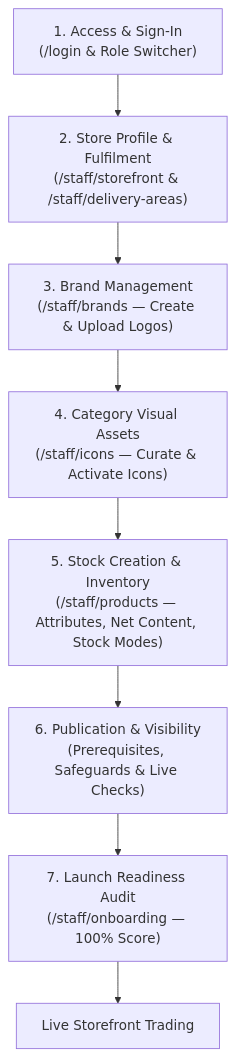
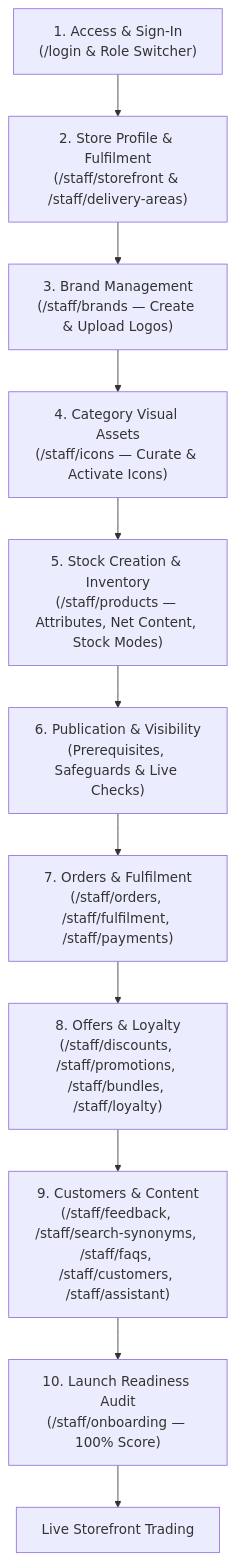
Before and after one commit to sriahead/aheed-online-store: the diagram in docs/client-help-centre/getting-started-onboarding.md, drawn with Mermaid. The commit also changed other lines of this file and 9 other files, not shown here.

Commit message:
feat: include fulfilment, offers, and content in onboarding guide with store admin checklist access

````diff
--- a/docs/client-help-centre/getting-started-onboarding.md
+++ b/docs/client-help-centre/getting-started-onboarding.md
@@ -25,10 +25,13 @@
 ```mermaid
 flowchart TD
     S1["1. Access & Sign-In<br/>(/login & Role Switcher)"] --> S2["2. Store Profile & Fulfilment<br/>(/staff/storefront & /staff/delivery-areas)"]
     S2 --> S3["3. Brand Management<br/>(/staff/brands — Create & Upload Logos)"]
     S3 --> S4["4. Category Visual Assets<br/>(/staff/icons — Curate & Activate Icons)"]
     S4 --> S5["5. Stock Creation & Inventory<br/>(/staff/products — Attributes, Net Content, Stock Modes)"]
     S5 --> S6["6. Publication & Visibility<br/>(Prerequisites, Safeguards & Live Checks)"]
-    S6 --> S7["7. Launch Readiness Audit<br/>(/staff/onboarding — 100% Score)"]
-    S7 --> LIVE["Live Storefront Trading"]
+    S6 --> S7["7. Orders & Fulfilment<br/>(/staff/orders, /staff/fulfilment, /staff/payments)"]
+    S7 --> S8["8. Offers & Loyalty<br/>(/staff/discounts, /staff/promotions, /staff/bundles, /staff/loyalty)"]
+    S8 --> S9["9. Customers & Content<br/>(/staff/feedback, /staff/search-synonyms, /staff/faqs, /staff/customers, /staff/assistant)"]
+    S9 --> S10["10. Launch Readiness Audit<br/>(/staff/onboarding — 100% Score)"]
+    S10 --> LIVE["Live Storefront Trading"]
 ```
````
